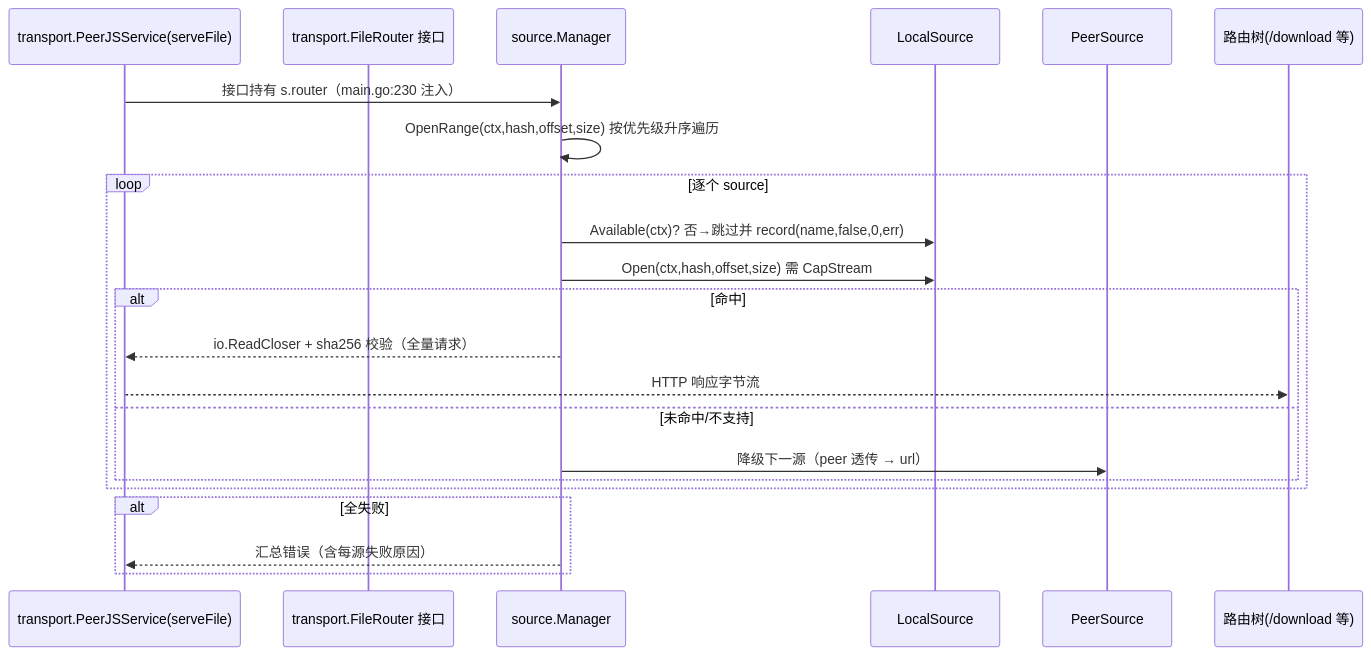
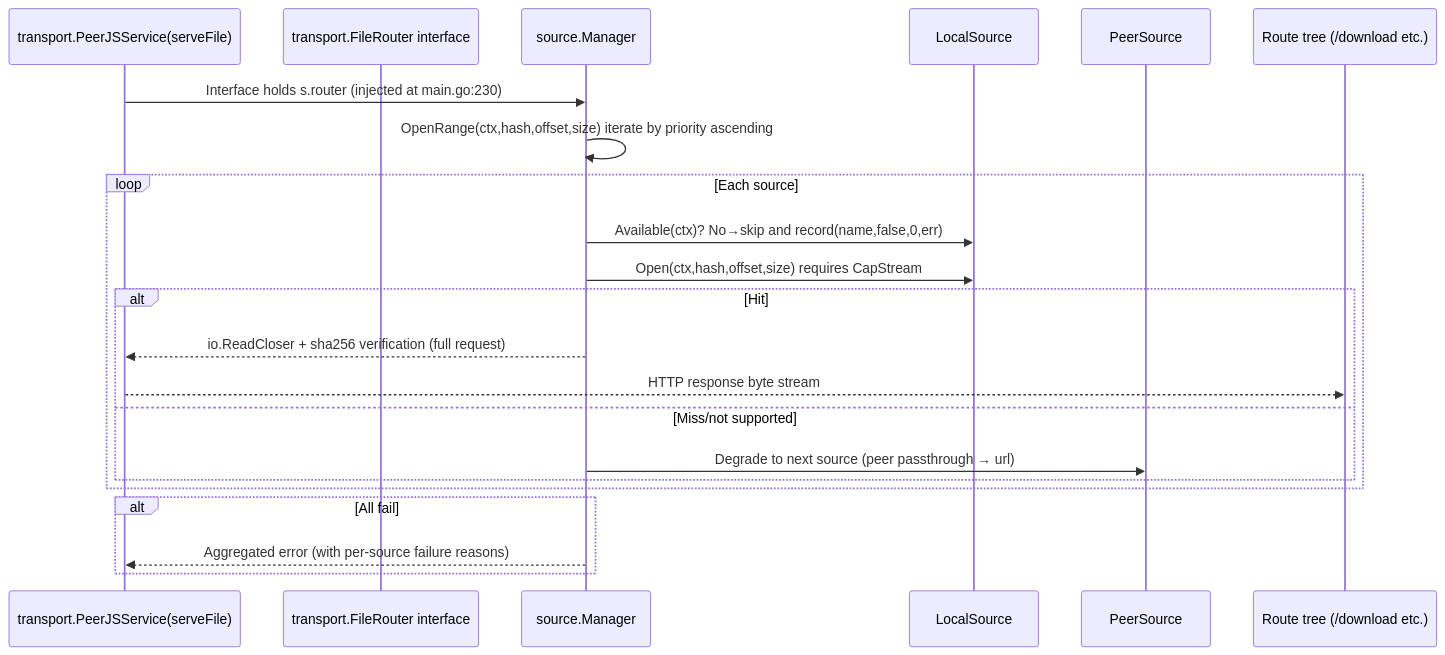
The diagram in doc/design/connections/05-router-source.md (Hana-ame/peerdrive), drawn with Mermaid before and after one commit. The commit also changed other lines of this file and 357 other files, not shown here.

````diff
--- a/doc/design/connections/05-router-source.md
+++ b/doc/design/connections/05-router-source.md
@@ -67,25 +67,25 @@
 ```mermaid
 sequenceDiagram
   participant T as transport.PeerJSService(serveFile)
-  participant F as transport.FileRouter 接口
+  participant F as transport.FileRouter interface
   participant M as source.Manager
   participant L as LocalSource
   participant P as PeerSource
-  participant H as 路由树(/download 等)
+  participant H as Route tree (/download etc.)
 
-  T->>M: 接口持有 s.router（main.go:230 注入）
-  M->>M: OpenRange(ctx,hash,offset,size) 按优先级升序遍历
-  loop 逐个 source
-    M->>L: Available(ctx)? 否→跳过并 record(name,false,0,err)
-    M->>L: Open(ctx,hash,offset,size)  需 CapStream
-    alt 命中
-      M-->>T: io.ReadCloser + sha256 校验（全量请求）
-      T-->>H: HTTP 响应字节流
-    else 未命中/不支持
-      M->>P: 降级下一源（peer 透传 → url）
+  T->>M: Interface holds s.router (injected at main.go:230)
+  M->>M: OpenRange(ctx,hash,offset,size) iterate by priority ascending
+  loop Each source
+    M->>L: Available(ctx)? No→skip and record(name,false,0,err)
+    M->>L: Open(ctx,hash,offset,size)  requires CapStream
+    alt Hit
+      M-->>T: io.ReadCloser + sha256 verification (full request)
+      T-->>H: HTTP response byte stream
+    else Miss/not supported
+      M->>P: Degrade to next source (peer passthrough → url)
     end
   end
-  alt 全失败
-    M-->>T: 汇总错误（含每源失败原因）
+  alt All fail
+    M-->>T: Aggregated error (with per-source failure reasons)
   end
 ```
````
